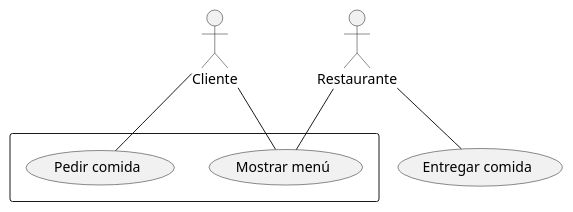
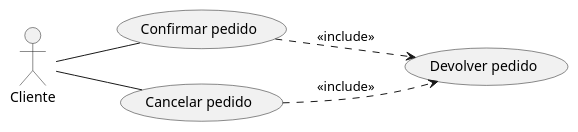
The diagram in src/diagrama de casos.puml (preguntitas/PlantUml), drawn with PlantUML before and after one commit.

Commit message:
Diagrama inclusión

```diff
--- a/src/diagrama de casos.puml
+++ b/src/diagrama de casos.puml
@@ -1,16 +1,14 @@
 @startuml
 ' DEFINICIONES
 :Cliente: as cliente
-:Restaurante: as restaurante
-rectangle {
-(Mostrar menú) as mostrar
-(Pedir comida) as pedir
-}
-(Entregar comida) as entregar
+(Confirmar pedido) as confirmar
+(Cancelar pedido) as cancelar
+(Devolver pedido) as devolver
 
 ' RELACIONES
-cliente -- mostrar
-cliente -- pedir
-restaurante -- mostrar
-restaurante -- entregar
+left to right direction /'Cambiamos la dirección'/
+cliente -- confirmar
+cliente -- cancelar
+confirmar ..> devolver : <<include>>
+cancelar ..> devolver : <<include>>
 @enduml
```
